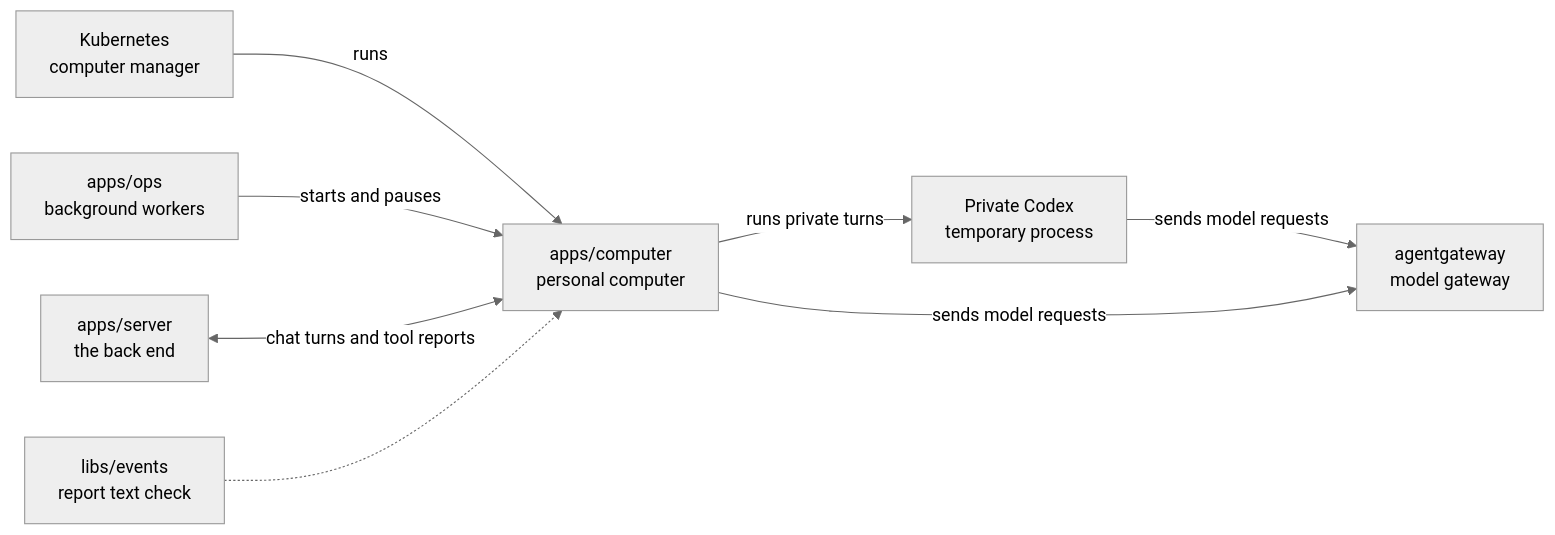
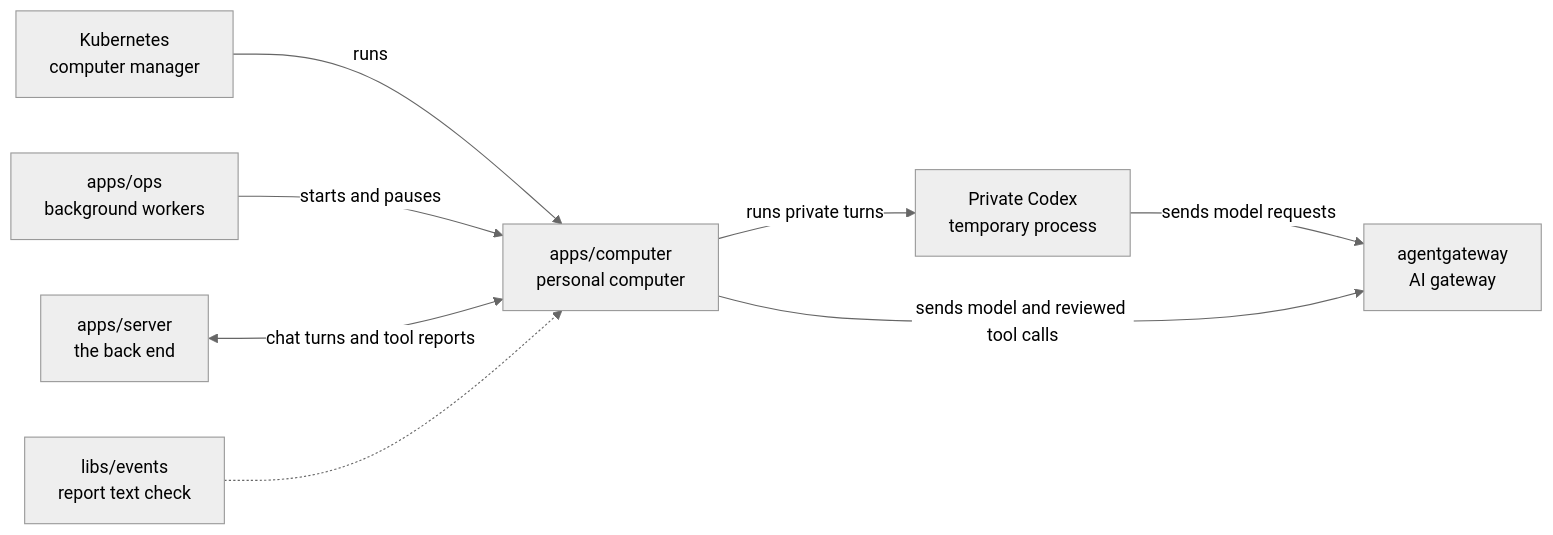
One commit to elewa-git/opencrane-new changed the diagram in apps/computer/README.md. Above: the diagram before and after it, drawn with Mermaid (neutral theme). The commit also changed other lines of this file and 3 other files, not shown here.

````diff
--- a/apps/computer/README.md
+++ b/apps/computer/README.md
@@ -15,10 +15,10 @@
 ```mermaid
 flowchart LR
   kube["Kubernetes<br/>computer manager"] -->|runs| computer["apps/computer<br/>personal computer"]
   ops["apps/ops<br/>background workers"] -->|starts and pauses| computer
   server["apps/server<br/>the back end"] <-->|chat turns and tool reports| computer
   events["libs/events<br/>report text check"] -.-> computer
   computer -->|runs private turns| private["Private Codex<br/>temporary process"]
   private -->|sends model requests| gateway
-  computer -->|sends model requests| gateway["agentgateway<br/>model gateway"]
+  computer -->|sends model and reviewed tool calls| gateway["agentgateway<br/>AI gateway"]
 ```
````
